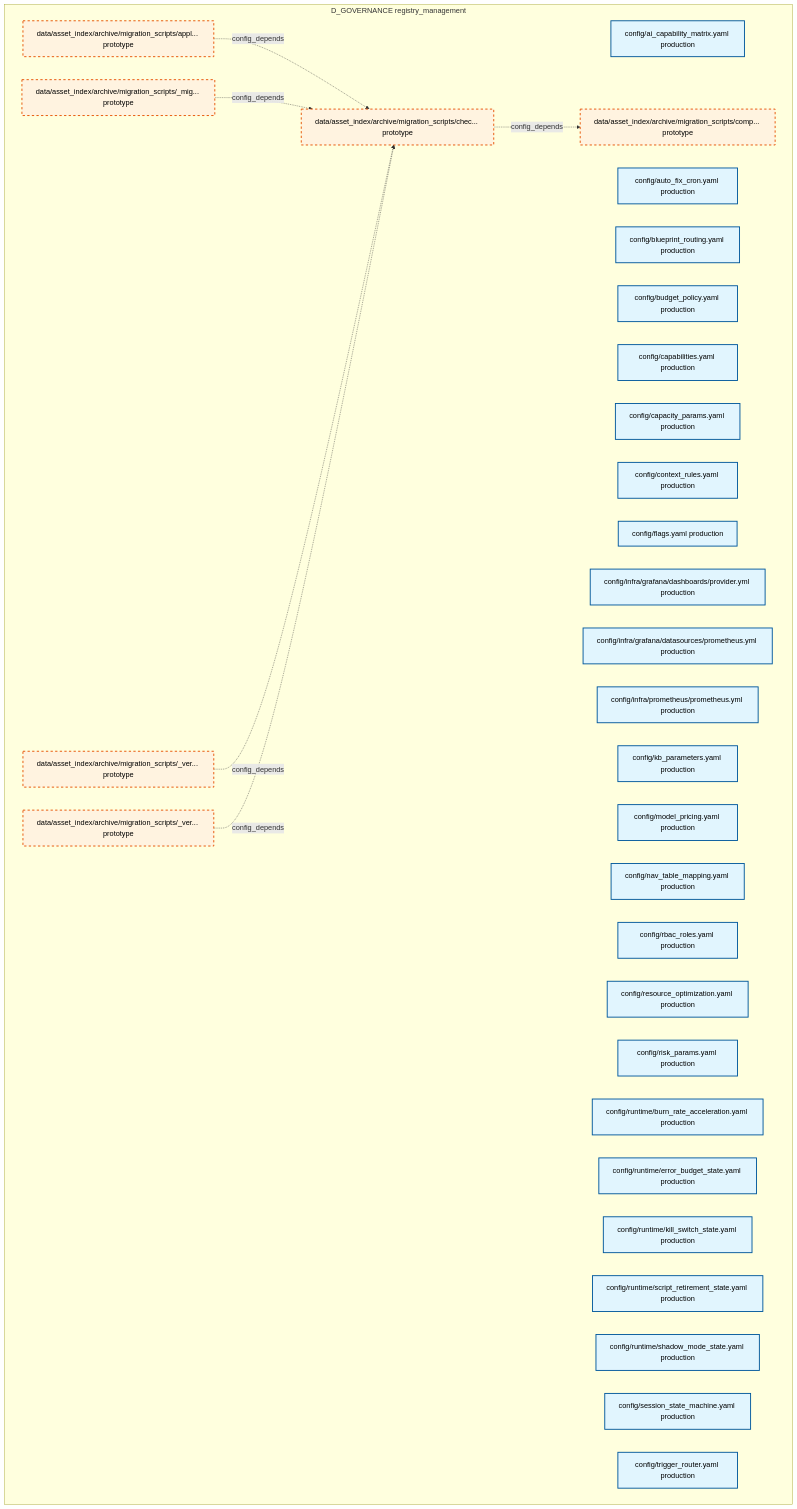
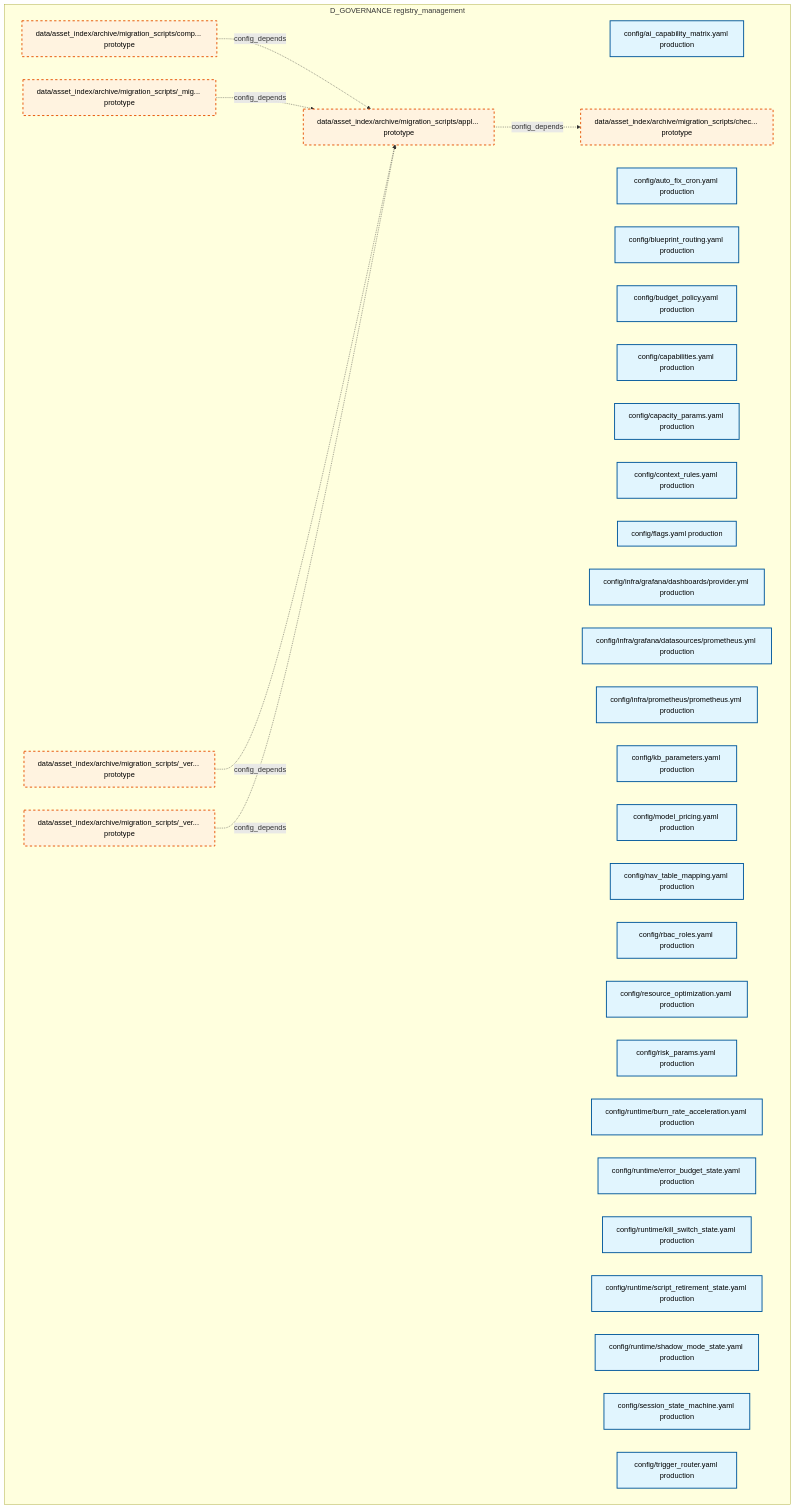
One commit to xuanFelixVan/ZephyrAlpha changed the first of 29 diagrams in docs/02_enterprise_architecture/02_domain_architecture_docs/31_d_governance.md. Above: the diagram before and after it, drawn with Mermaid. The commit also changed other lines of this file and 99 other files, not shown here.

````diff
--- a/docs/02_enterprise_architecture/02_domain_architecture_docs/31_d_governance.md
+++ b/docs/02_enterprise_architecture/02_domain_architecture_docs/31_d_governance.md
@@ -49,46 +49,46 @@
 ```mermaid
 graph TD
     subgraph D_GOVERNANCE["D_GOVERNANCE registry_management"]
         config_ai_capability_matrix_yaml["config/ai_capability_matrix.yaml production"]
         config_auto_fix_cron_yaml["config/auto_fix_cron.yaml production"]
         config_blueprint_routing_yaml["config/blueprint_routing.yaml production"]
         config_budget_policy_yaml["config/budget_policy.yaml production"]
         config_capabilities_yaml["config/capabilities.yaml production"]
         config_capacity_params_yaml["config/capacity_params.yaml production"]
         config_context_rules_yaml["config/context_rules.yaml production"]
         config_flags_yaml["config/flags.yaml production"]
         config_infra_grafana_dashboards_provider_yml["config/infra/grafana/dashboards/provider.yml production"]
         config_infra_grafana_datasources_prometheus_yml["config/infra/grafana/datasources/prometheus.yml production"]
         config_infra_prometheus_prometheus_yml["config/infra/prometheus/prometheus.yml production"]
         config_kb_parameters_yaml["config/kb_parameters.yaml production"]
         config_model_pricing_yaml["config/model_pricing.yaml production"]
         config_nav_table_mapping_yaml["config/nav_table_mapping.yaml production"]
         config_rbac_roles_yaml["config/rbac_roles.yaml production"]
         config_resource_optimization_yaml["config/resource_optimization.yaml production"]
         config_risk_params_yaml["config/risk_params.yaml production"]
         config_runtime_burn_rate_acceleration_yaml["config/runtime/burn_rate_acceleration.yaml production"]
         config_runtime_error_budget_state_yaml["config/runtime/error_budget_state.yaml production"]
         config_runtime_kill_switch_state_yaml["config/runtime/kill_switch_state.yaml production"]
         config_runtime_script_retirement_state_yaml["config/runtime/script_retirement_state.yaml production"]
         config_runtime_shadow_mode_state_yaml["config/runtime/shadow_mode_state.yaml production"]
         config_session_state_machine_yaml["config/session_state_machine.yaml production"]
         config_trigger_router_yaml["config/trigger_router.yaml production"]
         data_asset_index_archive_migration_scripts_migration_shared_py["data/asset_index/archive/migration_scripts/_mig... prototype"]
         data_asset_index_archive_migration_scripts_verify_manifest_py["data/asset_index/archive/migration_scripts/_ver... prototype"]
         data_asset_index_archive_migration_scripts_verify_step4_py["data/asset_index/archive/migration_scripts/_ver... prototype"]
         data_asset_index_archive_migration_scripts_apply_rulings_py["data/asset_index/archive/migration_scripts/appl... prototype"]
         data_asset_index_archive_migration_scripts_check_coverage_py["data/asset_index/archive/migration_scripts/chec... prototype"]
         data_asset_index_archive_migration_scripts_comprehensive_import_fix_py["data/asset_index/archive/migration_scripts/comp... prototype"]
     end
-    data_asset_index_archive_migration_scripts_check_coverage_py -.->|config_depends| data_asset_index_archive_migration_scripts_comprehensive_import_fix_py
     data_asset_index_archive_migration_scripts_apply_rulings_py -.->|config_depends| data_asset_index_archive_migration_scripts_check_coverage_py
-    data_asset_index_archive_migration_scripts_migration_shared_py -.->|config_depends| data_asset_index_archive_migration_scripts_check_coverage_py
-    data_asset_index_archive_migration_scripts_verify_manifest_py -.->|config_depends| data_asset_index_archive_migration_scripts_check_coverage_py
-    data_asset_index_archive_migration_scripts_verify_step4_py -.->|config_depends| data_asset_index_archive_migration_scripts_check_coverage_py
+    data_asset_index_archive_migration_scripts_comprehensive_import_fix_py -.->|config_depends| data_asset_index_archive_migration_scripts_apply_rulings_py
+    data_asset_index_archive_migration_scripts_migration_shared_py -.->|config_depends| data_asset_index_archive_migration_scripts_apply_rulings_py
+    data_asset_index_archive_migration_scripts_verify_manifest_py -.->|config_depends| data_asset_index_archive_migration_scripts_apply_rulings_py
+    data_asset_index_archive_migration_scripts_verify_step4_py -.->|config_depends| data_asset_index_archive_migration_scripts_apply_rulings_py
     classDef production fill:#e1f5fe,stroke:#01579b,stroke-width:2px,color:#000
     classDef design fill:#fff3e0,stroke:#e65100,stroke-width:2px,color:#000,stroke-dasharray: 5 5
     classDef external_prod fill:#e8f5e9,stroke:#1b5e20,stroke-width:1px,color:#000
     classDef external_design fill:#fce4ec,stroke:#880e4f,stroke-width:1px,color:#000,stroke-dasharray: 5 5
     class config_ai_capability_matrix_yaml,config_auto_fix_cron_yaml,config_blueprint_routing_yaml,config_budget_policy_yaml,config_capabilities_yaml,config_capacity_params_yaml,config_context_rules_yaml,config_flags_yaml,config_infra_grafana_dashboards_provider_yml,config_infra_grafana_datasources_prometheus_yml,config_infra_prometheus_prometheus_yml,config_kb_parameters_yaml,config_model_pricing_yaml,config_nav_table_mapping_yaml,config_rbac_roles_yaml,config_resource_optimization_yaml,config_risk_params_yaml,config_runtime_burn_rate_acceleration_yaml,config_runtime_error_budget_state_yaml,config_runtime_kill_switch_state_yaml,config_runtime_script_retirement_state_yaml,config_runtime_shadow_mode_state_yaml,config_session_state_machine_yaml,config_trigger_router_yaml production
     class data_asset_index_archive_migration_scripts_migration_shared_py,data_asset_index_archive_migration_scripts_verify_manifest_py,data_asset_index_archive_migration_scripts_verify_step4_py,data_asset_index_archive_migration_scripts_apply_rulings_py,data_asset_index_archive_migration_scripts_check_coverage_py,data_asset_index_archive_migration_scripts_comprehensive_import_fix_py design
 ```
````
